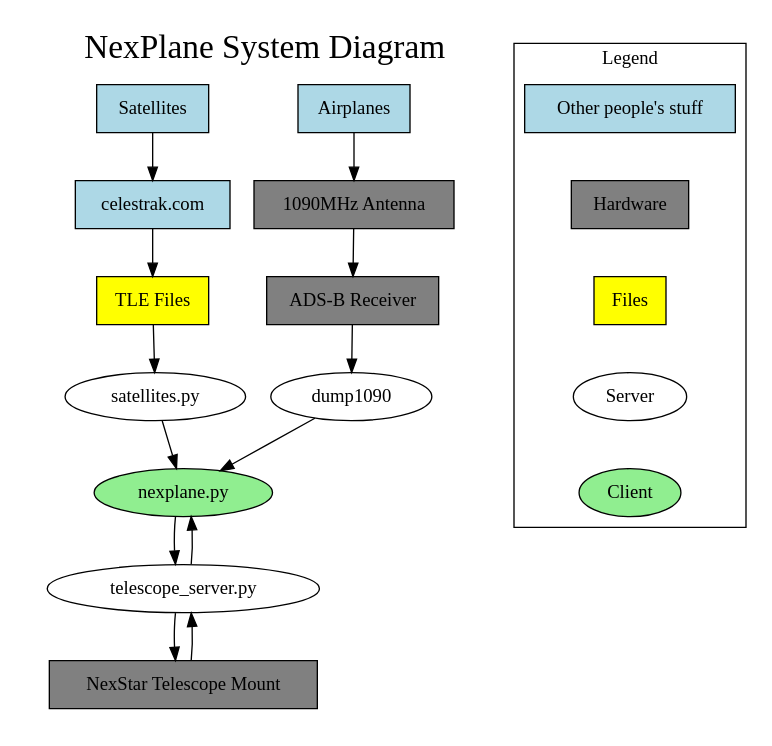
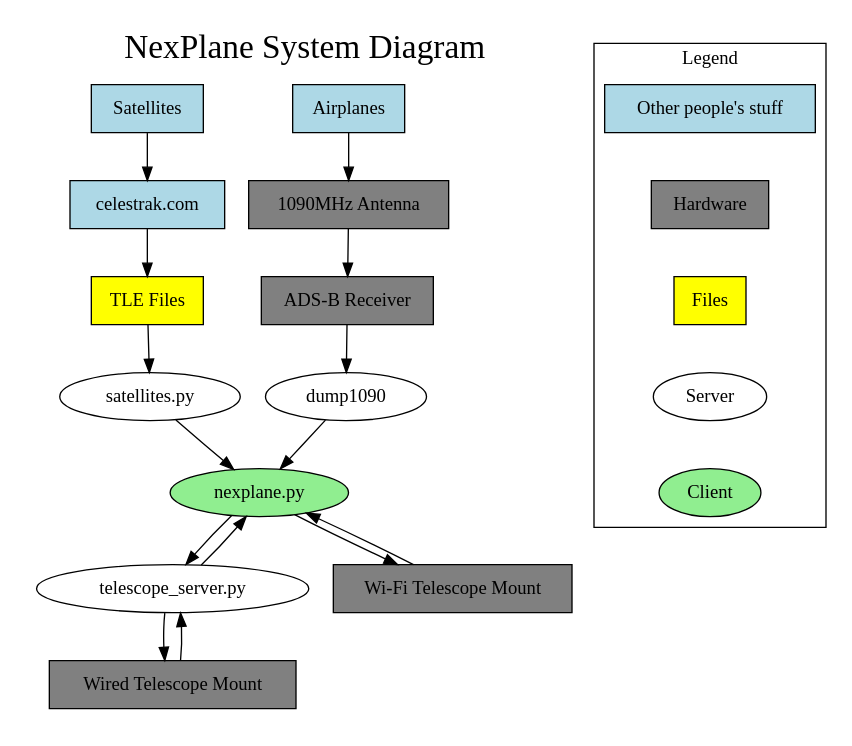
The diagram in doc/system-diagram.dot (nforrester/NexPlane), drawn with Graphviz before and after one commit. The commit also changed 24 other files, not shown here.

```diff
--- a/doc/system-diagram.dot
+++ b/doc/system-diagram.dot
@@ -1,42 +1,46 @@
 digraph diagram {
     subgraph cluster_diagram {
         label="NexPlane System Diagram";
         color=white;
         fontsize=25;
 
         Airplanes -> antenna;
         antenna -> adsb;
         adsb -> dump1090;
         dump1090 -> nexplane;
 
         Satellites -> CelesTrak;
         CelesTrak -> files;
         files -> tle_proc;
         tle_proc -> nexplane;
 
         nexplane -> bridge;
         bridge -> nexplane;
-        bridge -> nexstar;
-        nexstar -> bridge;
+        bridge -> wired_mount;
+        wired_mount -> bridge;
+
+        nexplane -> wifi_mount;
+        wifi_mount -> nexplane;
 
         CelesTrak [label="celestrak.com", shape=box, style=filled, color=black, fillcolor=lightblue];
         antenna [label="1090MHz Antenna", shape=box, style=filled, color=black, fillcolor=grey];
         adsb [label="ADS-B Receiver", shape=box, style=filled, color=black, fillcolor=grey];
         nexplane [label="nexplane.py" style=filled, color=black, fillcolor=lightgreen];
         bridge [label="telescope_server.py"];
-        nexstar [label="NexStar Telescope Mount", shape=box, style=filled, color=black, fillcolor=grey];
+        wired_mount [label="Wired Telescope Mount", shape=box, style=filled, color=black, fillcolor=grey];
+        wifi_mount [label="Wi-Fi Telescope Mount", shape=box, style=filled, color=black, fillcolor=grey];
         tle_proc [label="satellites.py"];
         files [label="TLE Files", shape=box, style=filled, color=black, fillcolor=yellow];
         Airplanes [shape=box, style=filled, color=black, fillcolor=lightblue];
         Satellites [shape=box, style=filled, color=black, fillcolor=lightblue];
     }
 
     subgraph cluster_legend {
         label="Legend";
         theirs -> yours -> Files -> Server -> Client [style=invis];
         Client [style=filled, color=black, fillcolor=lightgreen];
         theirs [label="Other people's stuff", shape=box, style=filled, color=black, fillcolor=lightblue];
         yours [label="Hardware", shape=box, style=filled, color=black, fillcolor=grey];
         Files [shape=box, style=filled, color=black, fillcolor=yellow];
     }
 }
```
